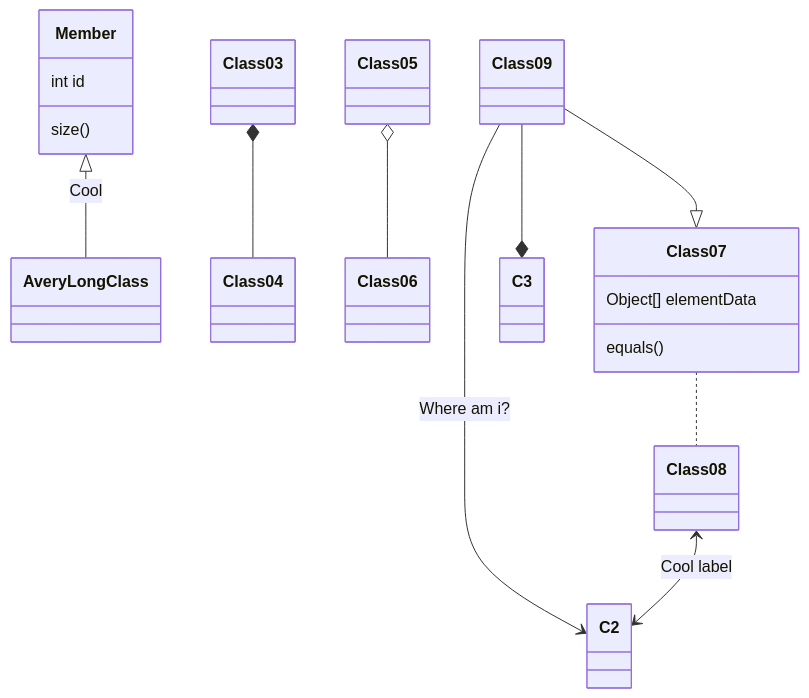
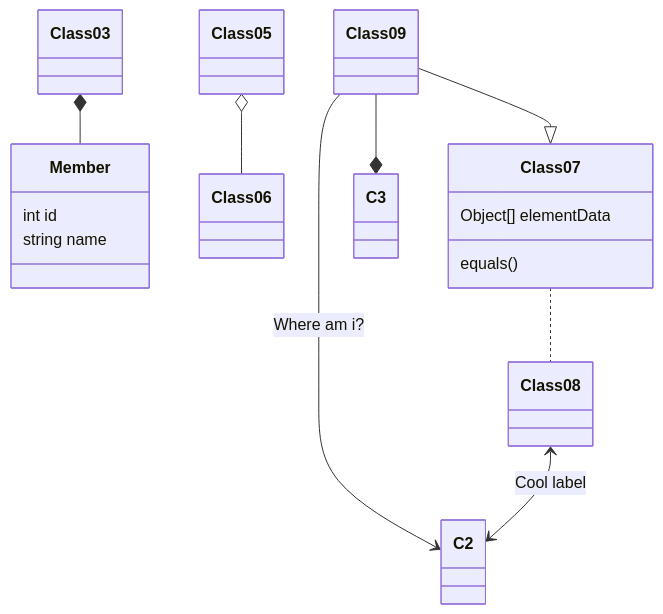
The first of 3 diagrams in README.md (FABallemand/ProjetDeveloppementWeb), drawn with Mermaid before and after one commit.

Commit message:
Test UML diagram #9

````diff
--- a/README.md
+++ b/README.md
@@ -3,15 +3,14 @@
 ```mermaid
 classDiagram
-Member <|-- AveryLongClass : Cool
-Class03 *-- Class04
+Class03 *-- Member
 Class05 o-- Class06
 Class07 .. Class08
 Class09 --> C2 : Where am i?
 Class09 --* C3
 Class09 --|> Class07
 Class07 : equals()
 Class07 : Object[] elementData
-Member : size()
 Member : int id
+Member : string name
 Class08 <--> C2: Cool label
 ```
````
